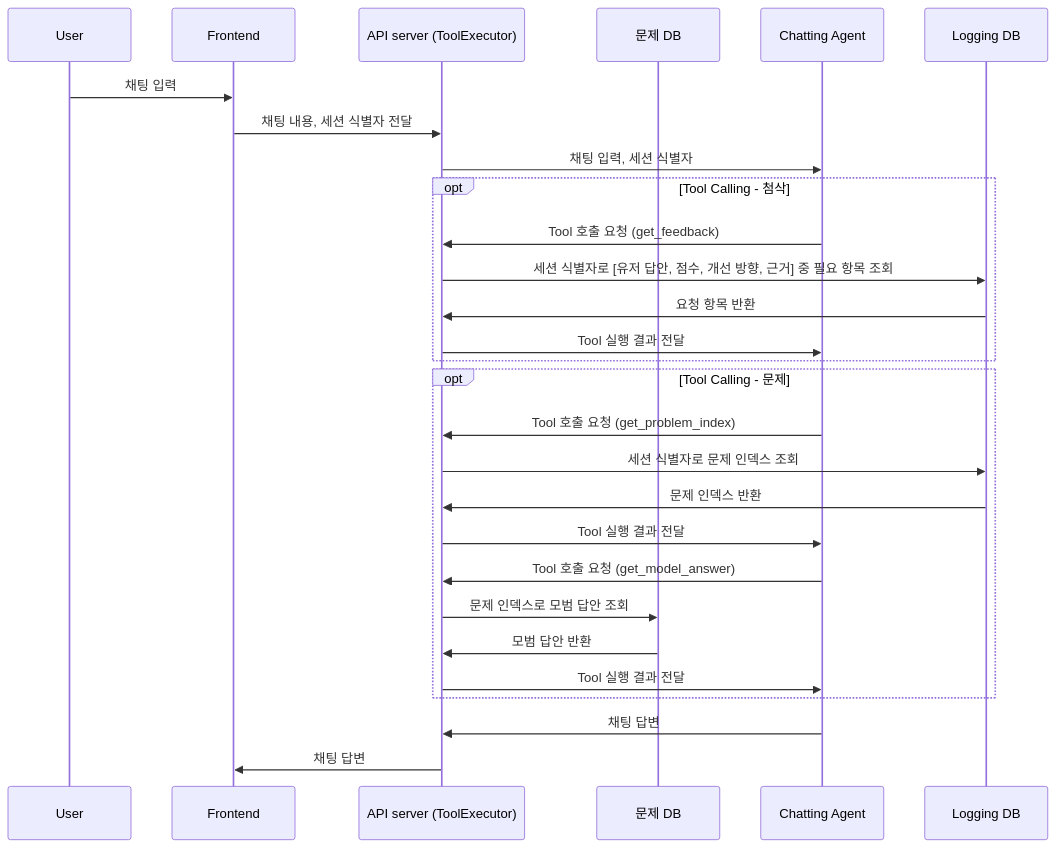
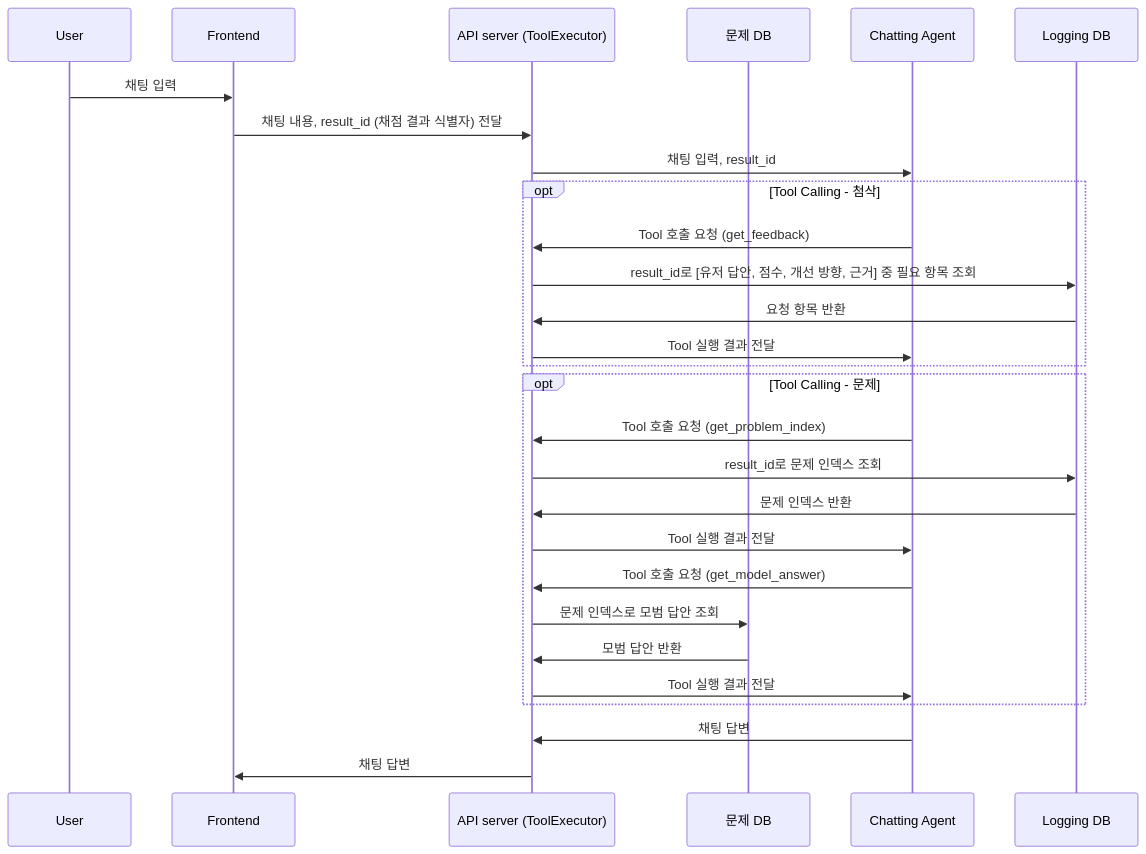
Before and after one commit to bookyoulove/paragraphy: the fifth of 5 diagrams in 설계문서/시퀀스 다이어그램.md, drawn with Mermaid. The commit also changed 2 other files, not shown here.

Commit message:
문제-답안 관계 명확화

````diff
--- a/설계문서/시퀀스 다이어그램.md
+++ b/설계문서/시퀀스 다이어그램.md
@@ -106,30 +106,30 @@
 ```mermaid
 sequenceDiagram
     participant User
     participant Frontend
     participant API as API server (ToolExecutor)
     participant problem as 문제 DB
     participant chat as Chatting Agent
     participant log as Logging DB
     User->>Frontend: 채팅 입력
-    Frontend->>API: 채팅 내용, 세션 식별자 전달
-    API->>chat: 채팅 입력, 세션 식별자
+    Frontend->>API: 채팅 내용, result_id (채점 결과 식별자) 전달
+    API->>chat: 채팅 입력, result_id
     opt Tool Calling - 첨삭
     chat->>API: Tool 호출 요청 (get_feedback)
-    API->>log: 세션 식별자로 [유저 답안, 점수, 개선 방향, 근거] 중 필요 항목 조회
+    API->>log: result_id로 [유저 답안, 점수, 개선 방향, 근거] 중 필요 항목 조회
     log->>API: 요청 항목 반환
     API->>chat: Tool 실행 결과 전달
     end
     opt Tool Calling - 문제
     chat->>API: Tool 호출 요청 (get_problem_index)
-    API->>log: 세션 식별자로 문제 인덱스 조회
+    API->>log: result_id로 문제 인덱스 조회
     log->>API: 문제 인덱스 반환
     API->>chat: Tool 실행 결과 전달
     chat->>API: Tool 호출 요청 (get_model_answer)
     API->>problem: 문제 인덱스로 모범 답안 조회
     problem->>API: 모범 답안 반환
     API->>chat: Tool 실행 결과 전달
     end
     chat->>API: 채팅 답변
     API->>Frontend: 채팅 답변
 ```
````
